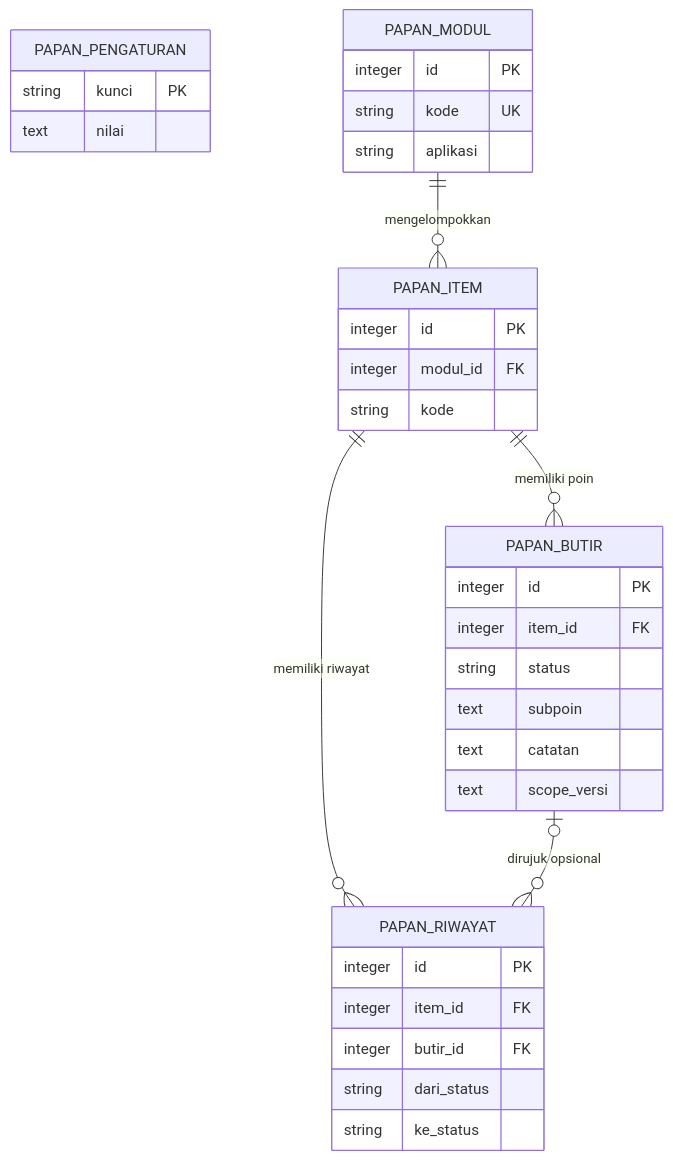
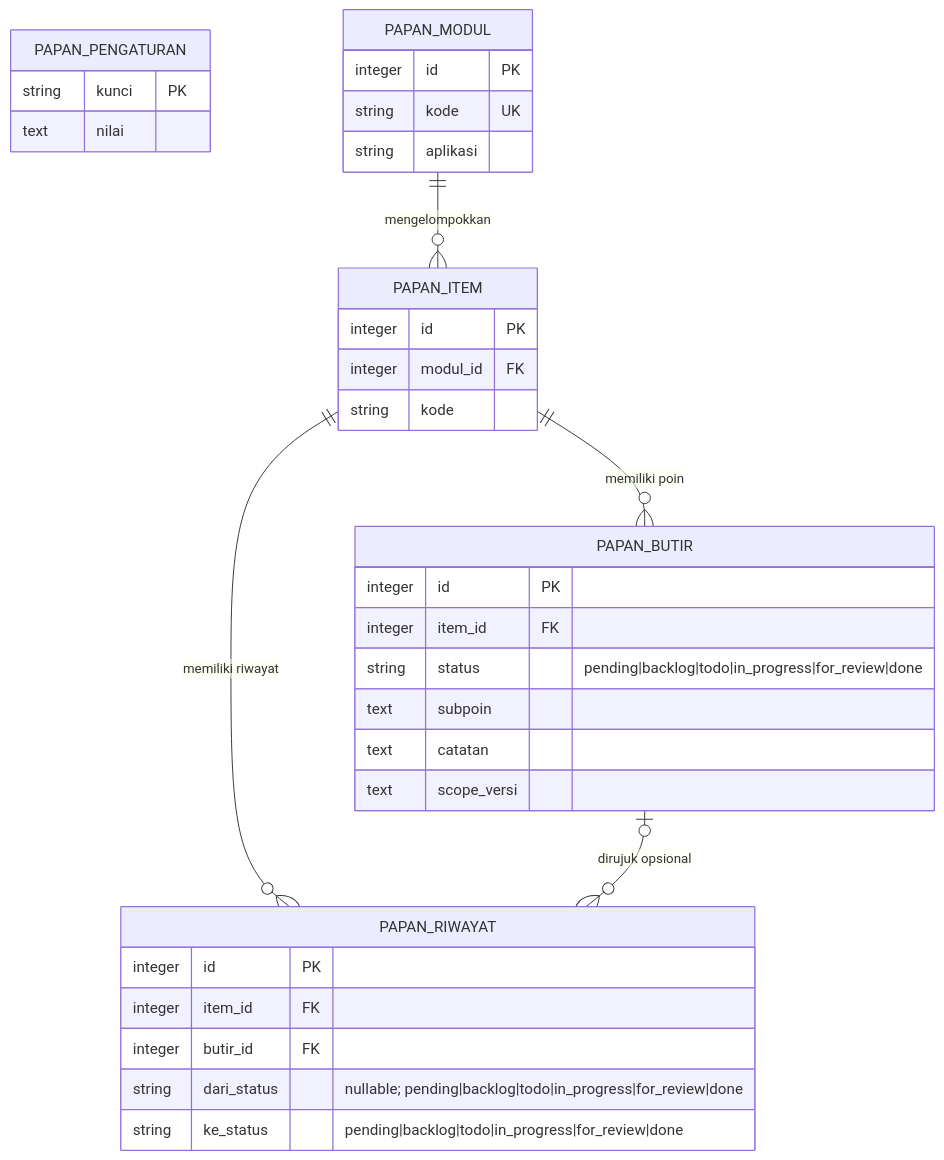
The first of 10 diagrams in docs/ERD.md (asjach/sistem-pesantren), drawn with Mermaid before and after one commit. The commit also changed 21 other files, not shown here.

````diff
--- a/docs/ERD.md
+++ b/docs/ERD.md
@@ -33,37 +33,37 @@
 ```mermaid
 erDiagram
     PAPAN_PENGATURAN {
         string kunci PK
         text nilai
     }
     PAPAN_MODUL {
         integer id PK
         string kode UK
         string aplikasi
     }
     PAPAN_ITEM {
         integer id PK
         integer modul_id FK
         string kode
     }
     PAPAN_BUTIR {
         integer id PK
         integer item_id FK
-        string status
+        string status "pending|backlog|todo|in_progress|for_review|done"
         text subpoin
         text catatan
         text scope_versi
     }
     PAPAN_RIWAYAT {
         integer id PK
         integer item_id FK
         integer butir_id FK
-        string dari_status
-        string ke_status
+        string dari_status "nullable; pending|backlog|todo|in_progress|for_review|done"
+        string ke_status "pending|backlog|todo|in_progress|for_review|done"
     }
 
     PAPAN_MODUL ||--o{ PAPAN_ITEM : "mengelompokkan"
     PAPAN_ITEM ||--o{ PAPAN_BUTIR : "memiliki poin"
     PAPAN_ITEM ||--o{ PAPAN_RIWAYAT : "memiliki riwayat"
     PAPAN_BUTIR o|--o{ PAPAN_RIWAYAT : "dirujuk opsional"
 ```
````
